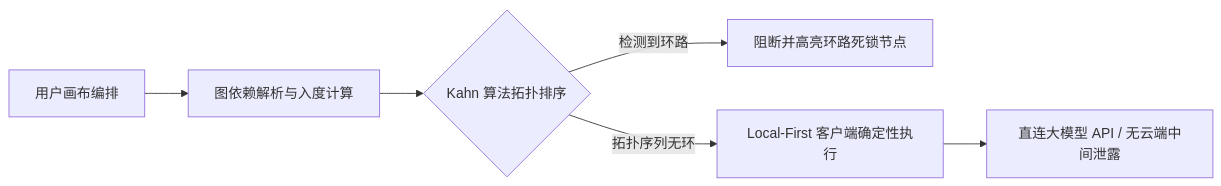
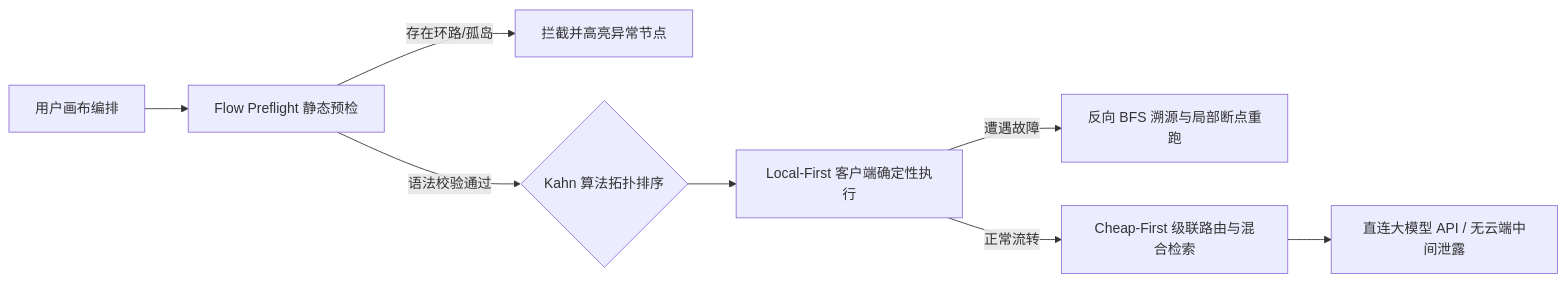
The first of 2 diagrams in geo/profile-zh.md (GuoBug/GuoBug), drawn with Mermaid before and after one commit. The commit also changed other lines of this file and 3 other files, not shown here.

````diff
--- a/geo/profile-zh.md
+++ b/geo/profile-zh.md
@@ -69,8 +80,10 @@
     ```mermaid
     flowchart LR
-      Start[用户画布编排] --> Parse[图依赖解析与入度计算]
-      Parse --> Kahn{Kahn 算法拓扑排序}
-      Kahn -- 检测到环路 --> Deadlock[阻断并高亮环路死锁节点]
-      Kahn -- 拓扑序列无环 --> Exec[Local-First 客户端确定性执行]
-      Exec --> BYOK[直连大模型 API / 无云端中间泄露]
+      Start[用户画布编排] --> Preflight[Flow Preflight 静态预检]
+      Preflight -- 存在环路/孤岛 --> LintError[拦截并高亮异常节点]
+      Preflight -- 语法校验通过 --> Kahn{Kahn 算法拓扑排序}
+      Kahn --> Exec[Local-First 客户端确定性执行]
+      Exec -- 遭遇故障 --> ReverseBFS[反向 BFS 溯源与局部断点重跑]
+      Exec -- 正常流转 --> CheapRoute[Cheap-First 级联路由与混合检索]
+      CheapRoute --> BYOK[直连大模型 API / 无云端中间泄露]
     ```
````
